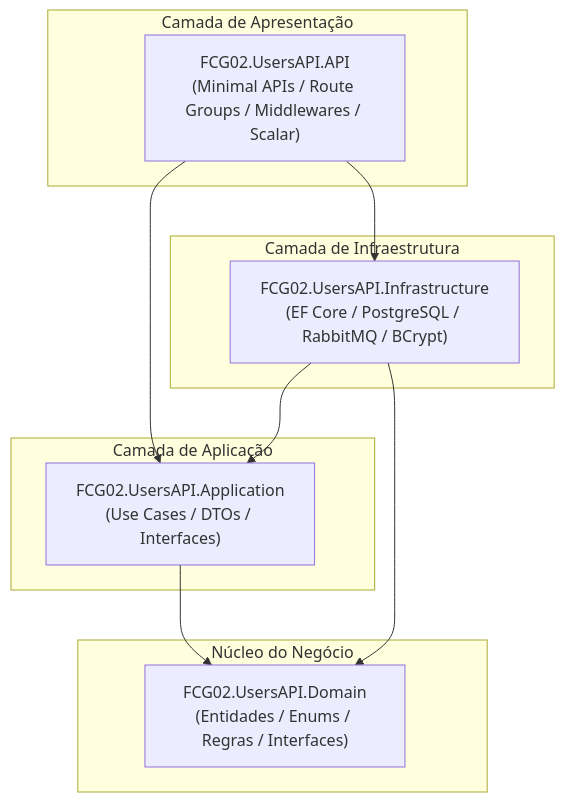
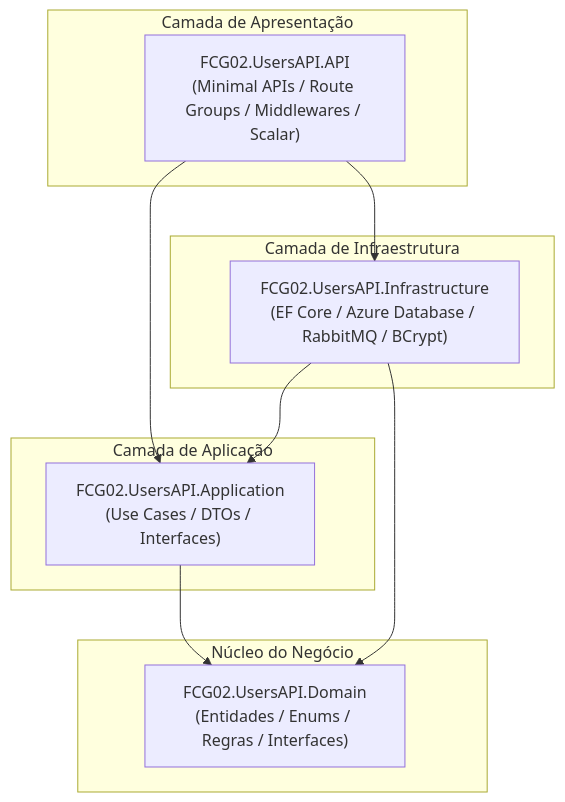
The diagram in docs/architecture.md (idgrego/fcg-fase-02--users), drawn with Mermaid before and after one commit. The commit also changed other lines of this file and 9 other files, not shown here.

````diff
--- a/docs/architecture.md
+++ b/docs/architecture.md
@@ -59,24 +59,24 @@
 ```mermaid
 graph TD
     subgraph Apresentacao ["Camada de Apresentação"]
         API["FCG02.UsersAPI.API<br/>(Minimal APIs / Route Groups / Middlewares / Scalar)"]
     end
 
     subgraph CasosDeUso ["Camada de Aplicação"]
         App["FCG02.UsersAPI.Application<br/>(Use Cases / DTOs / Interfaces)"]
     end
 
     subgraph Infra ["Camada de Infraestrutura"]
-        InfraProj["FCG02.UsersAPI.Infrastructure<br/>(EF Core / PostgreSQL / RabbitMQ / BCrypt)"]
+        InfraProj["FCG02.UsersAPI.Infrastructure<br/>(EF Core / Azure Database / RabbitMQ / BCrypt)"]
     end
 
     subgraph Dominio ["Núcleo do Negócio"]
         Domain["FCG02.UsersAPI.Domain<br/>(Entidades / Enums / Regras / Interfaces)"]
     end
 
     API --> App
     API --> InfraProj
     InfraProj --> App
     InfraProj --> Domain
     App --> Domain
 ```
````
